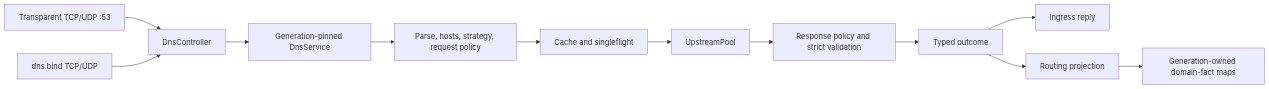
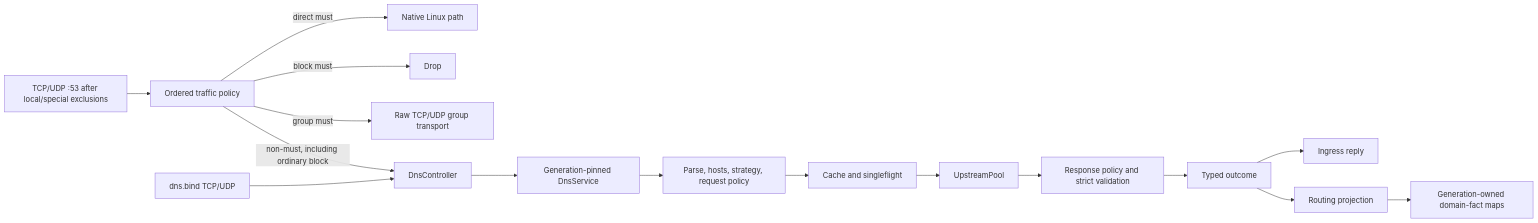
The diagram in doc/en/design/dns.md (Glassyiris/honk), drawn with Mermaid before and after one commit. The commit also changed other lines of this file and 71 other files, not shown here.

Commit message:
fix(dns): honor terminal traffic-rule ownership

````diff
--- a/doc/en/design/dns.md
+++ b/doc/en/design/dns.md
@@ -9,14 +9,18 @@
 ```mermaid
 flowchart LR
-    T[Transparent TCP/UDP :53] --> C[DnsController]
+    T[TCP/UDP :53 after local/special exclusions] --> TR[Ordered traffic policy]
+    TR -->|direct must| N[Native Linux path]
+    TR -->|block must| DROP[Drop]
+    TR -->|group must| RAW[Raw TCP/UDP group transport]
+    TR -->|non-must, including ordinary block| C[DnsController]
     B[dns.bind TCP/UDP] --> C
     C --> G[Generation-pinned DnsService]
     G --> P[Parse, hosts, strategy, request policy]
     P --> F[Cache and singleflight]
     F --> U[UpstreamPool]
     U --> R[Response policy and strict validation]
     R --> O[Typed outcome]
     O --> X[Ingress reply]
     O --> M[Routing projection]
     M --> D[Generation-owned domain-fact maps]
 ```
````
